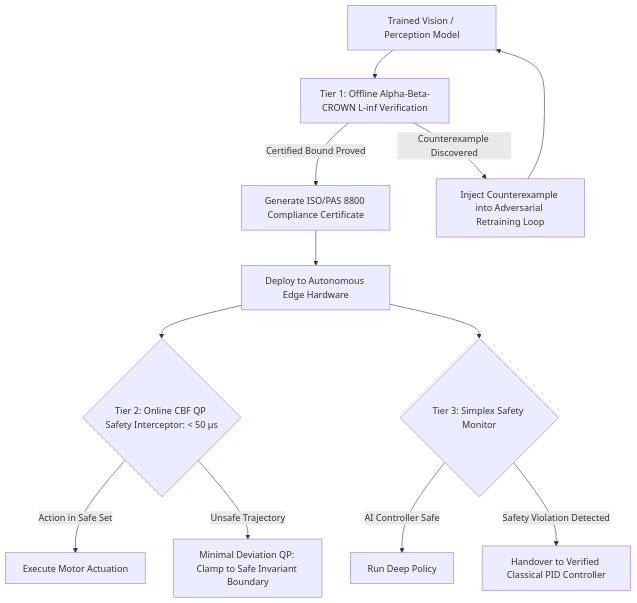
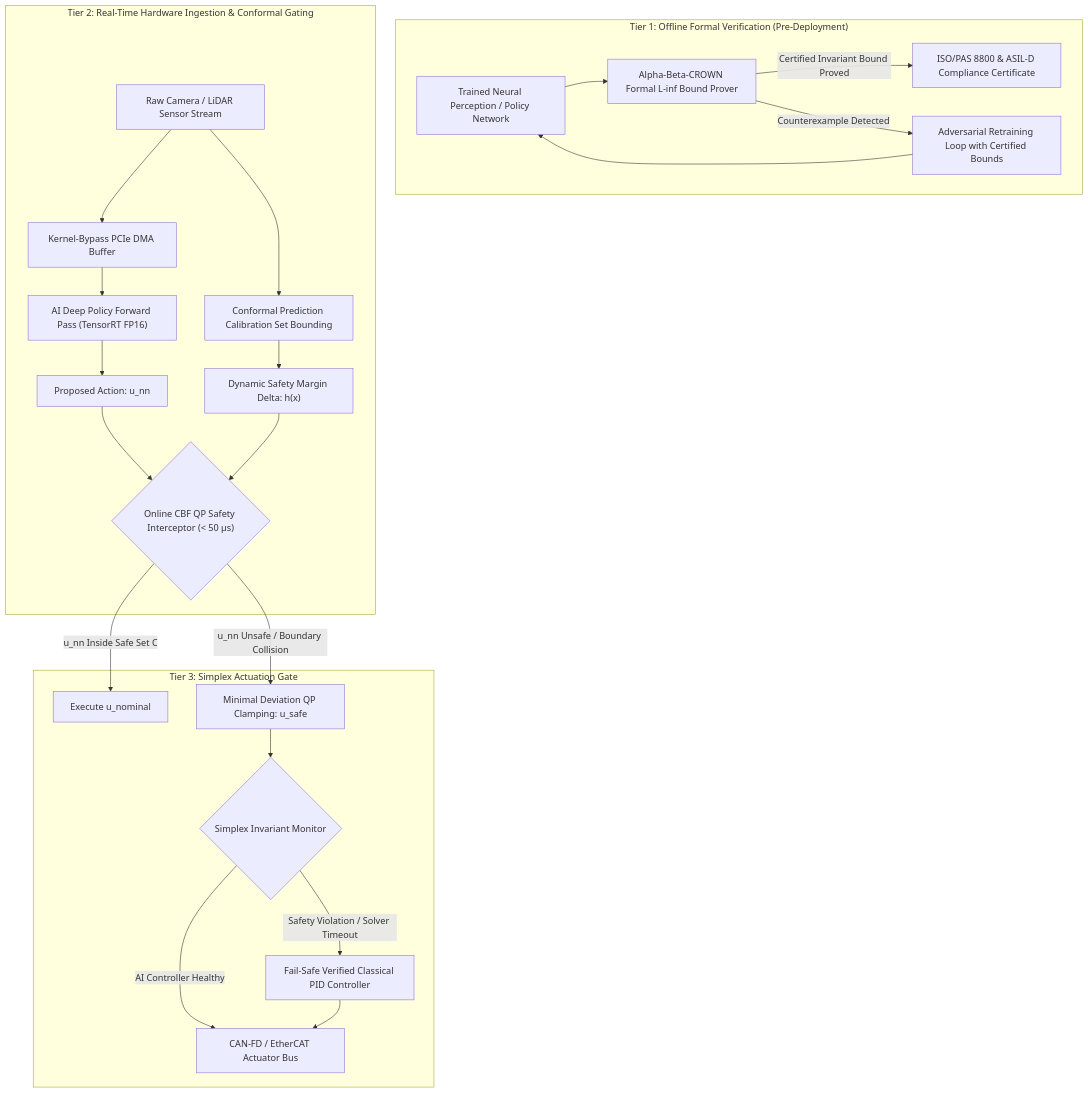
The diagram in topics/safety-verification-and-robustness/02-production-pipeline-and-workarounds.md (sergiomh499/cv-projects), drawn with Mermaid before and after one commit. The commit also changed other lines of this file and 41 other files, not shown here.

Commit message:
docs(vault): deep expansion across 20 topic production pipelines, 2025-2026 architectures (RF-DETR, Qwen2.5-VL, MambaVision), and complete taxonomy matrices

````diff
--- a/topics/safety-verification-and-robustness/02-production-pipeline-and-workarounds.md
+++ b/topics/safety-verification-and-robustness/02-production-pipeline-and-workarounds.md
@@ -21,14 +37,31 @@
 ```mermaid
 flowchart TD
-    Model["Trained Vision / Perception Model"] --> FormalTier["Tier 1: Offline Alpha-Beta-CROWN L-inf Verification"]
-    FormalTier -->|Certified Bound Proved| CertDoc["Generate ISO/PAS 8800 Compliance Certificate"]
-    FormalTier -->|Counterexample Discovered| AdvAug["Inject Counterexample into Adversarial Retraining Loop"]
-    AdvAug --> Model
-    CertDoc --> Deploy["Deploy to Autonomous Edge Hardware"]
-    Deploy --> RuntimeCBF{"Tier 2: Online CBF QP Safety Interceptor: < 50 µs"}
-    RuntimeCBF -->|Action in Safe Set| Drive["Execute Motor Actuation"]
-    RuntimeCBF -->|Unsafe Trajectory| Override["Minimal Deviation QP: Clamp to Safe Invariant Boundary"]
-    Deploy --> Simplex{"Tier 3: Simplex Safety Monitor"}
-    Simplex -->|AI Controller Safe| AI["Run Deep Policy"]
-    Simplex -->|Safety Violation Detected| Baseline["Handover to Verified Classical PID Controller"]
+    subgraph "Tier 1: Offline Formal Verification (Pre-Deployment)"
+        TrainedModel["Trained Neural Perception / Policy Network"] --> AlphaBetaCROWN["Alpha-Beta-CROWN Formal L-inf Bound Prover"]
+        AlphaBetaCROWN -->|"Certified Invariant Bound Proved"| SafetyCert["ISO/PAS 8800 & ASIL-D Compliance Certificate"]
+        AlphaBetaCROWN -->|"Counterexample Detected"| AdvRetrain["Adversarial Retraining Loop with Certified Bounds"]
+        AdvRetrain --> TrainedModel
+    end
+
+    subgraph "Tier 2: Real-Time Hardware Ingestion & Conformal Gating"
+        SensorFrame["Raw Camera / LiDAR Sensor Stream"] --> DMAStream["Kernel-Bypass PCIe DMA Buffer"]
+        DMAStream --> AIModel["AI Deep Policy Forward Pass (TensorRT FP16)"]
+        AIModel --> UnfilteredAction["Proposed Action: u_nn"]
+        
+        SensorFrame --> ConformalGate["Conformal Prediction Calibration Set Bounding"]
+        ConformalGate --> SafetyMargin["Dynamic Safety Margin Delta: h(x)"]
+        
+        UnfilteredAction --> RuntimeCBF{"Online CBF QP Safety Interceptor (< 50 µs)"}
+        SafetyMargin --> RuntimeCBF
+    end
+
+    subgraph "Tier 3: Simplex Actuation Gate"
+        RuntimeCBF -->|"u_nn Inside Safe Set C"| PassThrough["Execute u_nominal"]
+        RuntimeCBF -->|"u_nn Unsafe / Boundary Collision"| QPOverride["Minimal Deviation QP Clamping: u_safe"]
+        
+        QPOverride --> SimplexMonitor{"Simplex Invariant Monitor"}
+        SimplexMonitor -->|"AI Controller Healthy"| MotorBus["CAN-FD / EtherCAT Actuator Bus"]
+        SimplexMonitor -->|"Safety Violation / Solver Timeout"| ClassicalPID["Fail-Safe Verified Classical PID Controller"]
+        ClassicalPID --> MotorBus
+    end
 ```
````
